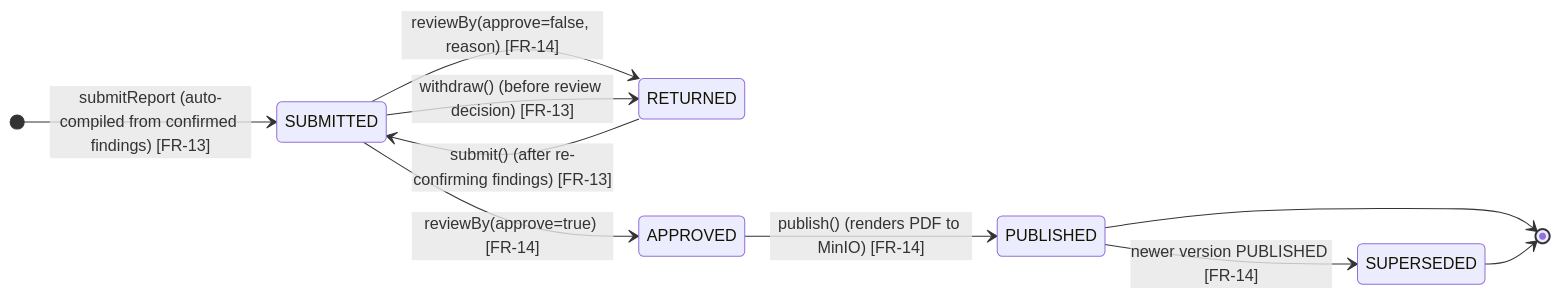
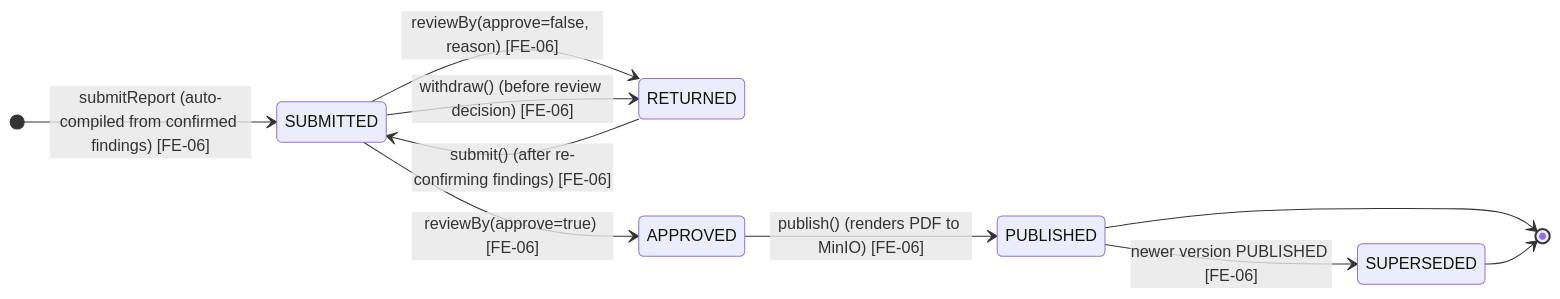
The fourth of 5 diagrams in reports/report-4-software-design-document/02-database-design.md (tungbach12/SmartDroneInspection-Docs), drawn with Mermaid before and after one commit. The commit also changed other lines of this file and 245 other files, not shown here.

First line of the commit message:
docs(reports): synchronize all reports, diagrams, and test sheets to 5-role 8-feature baseline

````diff
--- a/reports/report-4-software-design-document/02-database-design.md
+++ b/reports/report-4-software-design-document/02-database-design.md
@@ -641,14 +687,14 @@
 ```mermaid
 %% title: InspectionReport Version Lifecycle State Machine Diagram
 stateDiagram-v2
   direction LR
-  [*] --> SUBMITTED : submitReport (auto-compiled from confirmed findings) [FR-13]
-  SUBMITTED --> RETURNED : reviewBy(approve=false, reason) [FR-14]
-  SUBMITTED --> RETURNED : withdraw() (before review decision) [FR-13]
-  RETURNED --> SUBMITTED : submit() (after re-confirming findings) [FR-13]
-  SUBMITTED --> APPROVED : reviewBy(approve=true) [FR-14]
-  APPROVED --> PUBLISHED : publish() (renders PDF to MinIO) [FR-14]
-  PUBLISHED --> SUPERSEDED : newer version PUBLISHED [FR-14]
+  [*] --> SUBMITTED : submitReport (auto-compiled from confirmed findings) [FE-06]
+  SUBMITTED --> RETURNED : reviewBy(approve=false, reason) [FE-06]
+  SUBMITTED --> RETURNED : withdraw() (before review decision) [FE-06]
+  RETURNED --> SUBMITTED : submit() (after re-confirming findings) [FE-06]
+  SUBMITTED --> APPROVED : reviewBy(approve=true) [FE-06]
+  APPROVED --> PUBLISHED : publish() (renders PDF to MinIO) [FE-06]
+  PUBLISHED --> SUPERSEDED : newer version PUBLISHED [FE-06]
   PUBLISHED --> [*]
   SUPERSEDED --> [*]
 ```
````
